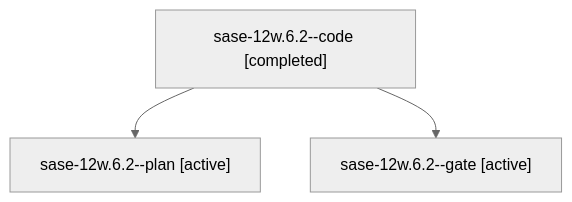
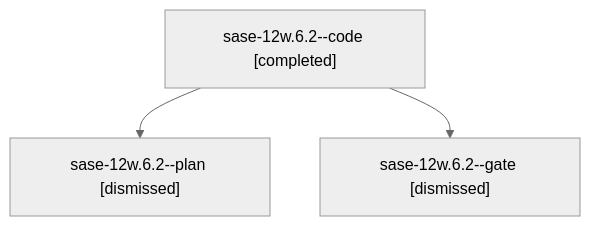
The diagram in sessions/bbugyi200.athena.sase-12w.6.2.md (sase-org/sase--agents), drawn with Mermaid (neutral theme) before and after one commit. The commit also changed other lines of this file and 219 other files, not shown here.

````diff
--- a/sessions/bbugyi200.athena.sase-12w.6.2.md
+++ b/sessions/bbugyi200.athena.sase-12w.6.2.md
@@ -9,8 +9,8 @@
 ```mermaid
 flowchart TD
   n0["sase-12w.6.2--code [completed]"]
-  n1["sase-12w.6.2--plan [active]"]
+  n1["sase-12w.6.2--plan [dismissed]"]
   n0 --> n1
-  n2["sase-12w.6.2--gate [active]"]
+  n2["sase-12w.6.2--gate [dismissed]"]
   n0 --> n2
 ```
````
